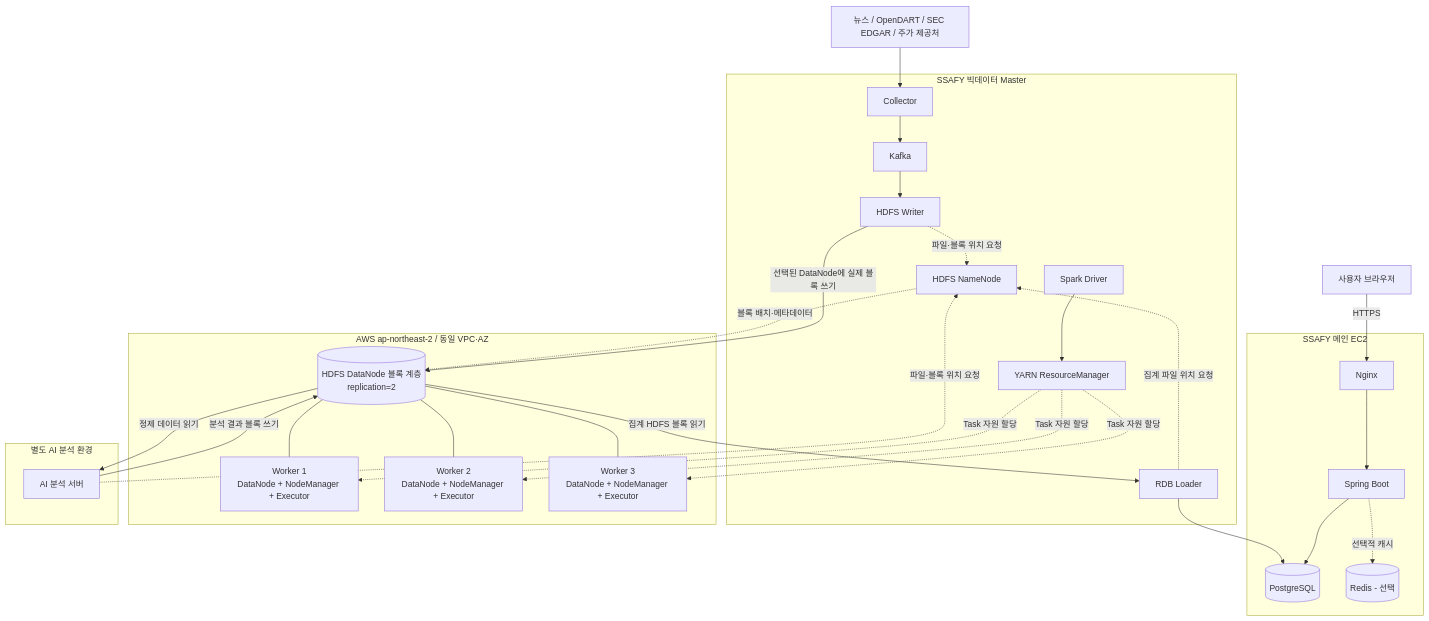
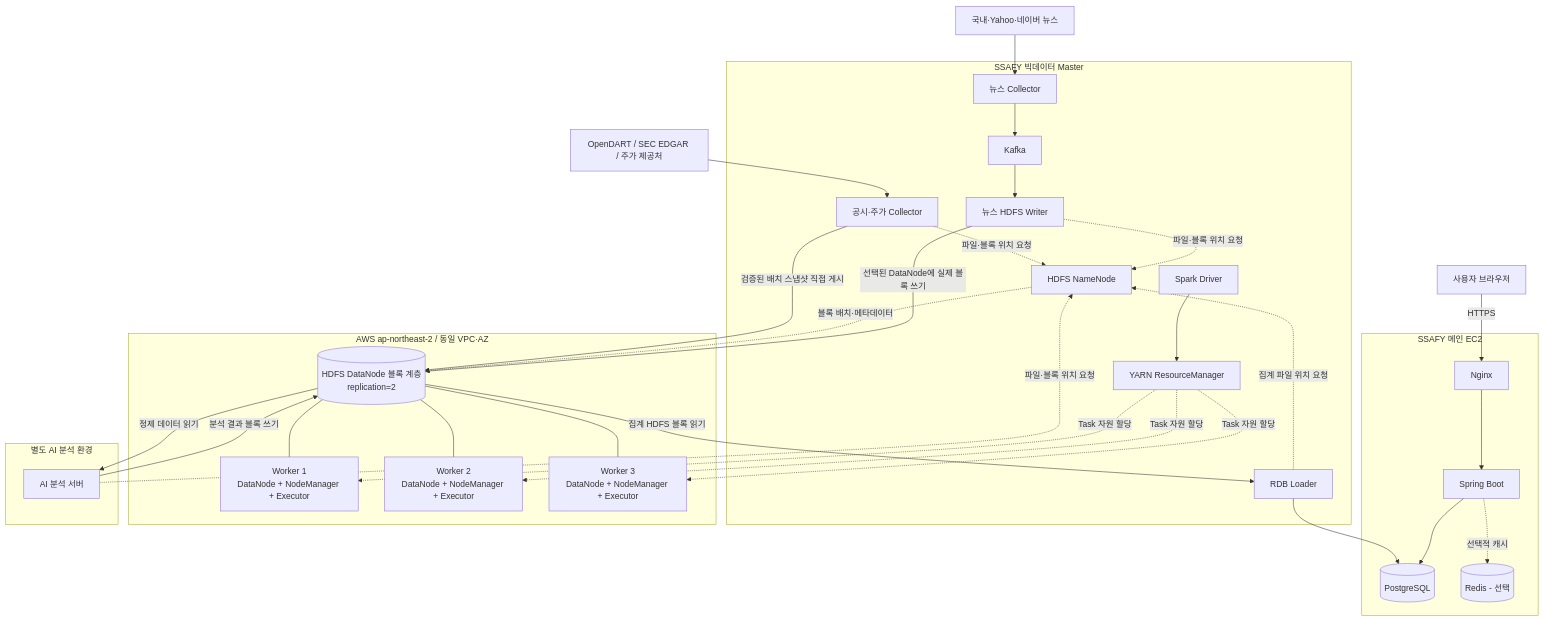
The first of 2 diagrams in docs/infrastructure-design.md (swcho25/COSMOS), drawn with Mermaid before and after one commit. The commit also changed other lines of this file, not shown here.

Commit message:
docs(S15P21C205-137): Kafka 토픽 및 데이터 수집 파이프라인 현행화

````diff
--- a/docs/infrastructure-design.md
+++ b/docs/infrastructure-design.md
@@ -36,54 +36,58 @@
 ```mermaid
 flowchart TB
     User[사용자 브라우저]
-    Source[뉴스 / OpenDART / SEC EDGAR / 주가 제공처]
+    NewsSource[국내·Yahoo·네이버 뉴스]
+    BatchSource[OpenDART / SEC EDGAR / 주가 제공처]
 
     subgraph SSAFY_MAIN[SSAFY 메인 EC2]
         Nginx[Nginx]
         Spring[Spring Boot]
         PG[(PostgreSQL)]
         Redis[(Redis - 선택)]
     end
 
     subgraph SSAFY_MASTER[SSAFY 빅데이터 Master]
-        Collector[Collector]
+        NewsCollector[뉴스 Collector]
+        BatchCollector[공시·주가 Collector]
         Kafka[Kafka]
-        Writer[HDFS Writer]
+        Writer[뉴스 HDFS Writer]
         NN[HDFS NameNode]
         RM[YARN ResourceManager]
         Driver[Spark Driver]
         Loader[RDB Loader]
     end
 
     subgraph AWS_WORKERS[AWS ap-northeast-2 / 동일 VPC·AZ]
         DataLayer[(HDFS DataNode 블록 계층\nreplication=2)]
         W1[Worker 1\nDataNode + NodeManager + Executor]
         W2[Worker 2\nDataNode + NodeManager + Executor]
         W3[Worker 3\nDataNode + NodeManager + Executor]
         DataLayer --- W1
         DataLayer --- W2
         DataLayer --- W3
     end
 
     subgraph AI_SYSTEM[별도 AI 분석 환경]
         AI_SERVER[AI 분석 서버]
     end
 
-    Source --> Collector
-    Collector --> Kafka --> Writer
+    NewsSource --> NewsCollector --> Kafka --> Writer
+    BatchSource --> BatchCollector
+    BatchCollector -. 파일·블록 위치 요청 .-> NN
+    BatchCollector -->|검증된 배치 스냅샷 직접 게시| DataLayer
     Writer -. 파일·블록 위치 요청 .-> NN
     NN -. 블록 배치·메타데이터 .-> DataLayer
     Writer -->|선택된 DataNode에 실제 블록 쓰기| DataLayer
     Driver --> RM
     RM -. Task 자원 할당 .-> W1
     RM -. Task 자원 할당 .-> W2
     RM -. Task 자원 할당 .-> W3
     DataLayer -->|정제 데이터 읽기| AI_SERVER
     AI_SERVER -. 파일·블록 위치 요청 .-> NN
     AI_SERVER -->|분석 결과 블록 쓰기| DataLayer
     Loader -. 집계 파일 위치 요청 .-> NN
     DataLayer -->|집계 HDFS 블록 읽기| Loader
     Loader --> PG
     User -->|HTTPS| Nginx --> Spring --> PG
     Spring -. 선택적 캐시 .-> Redis
 ```
````
